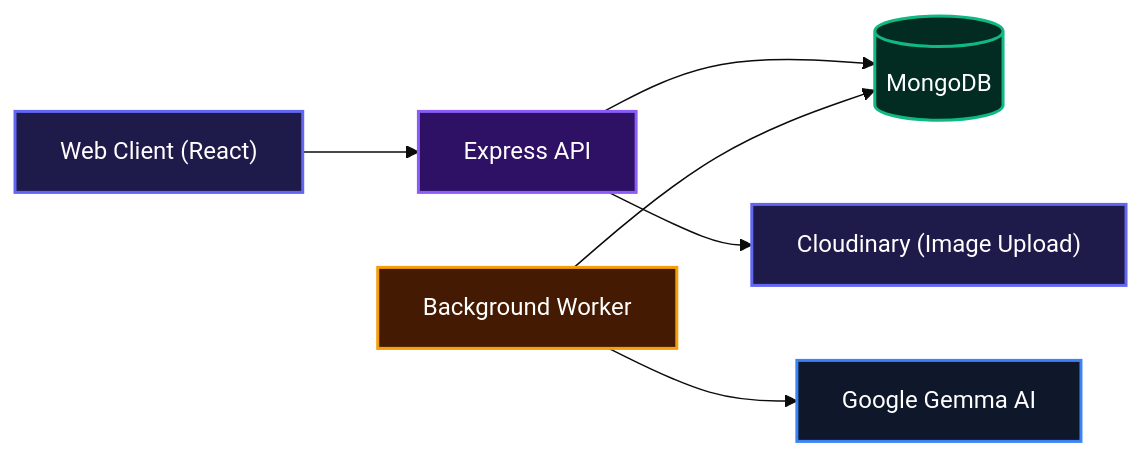
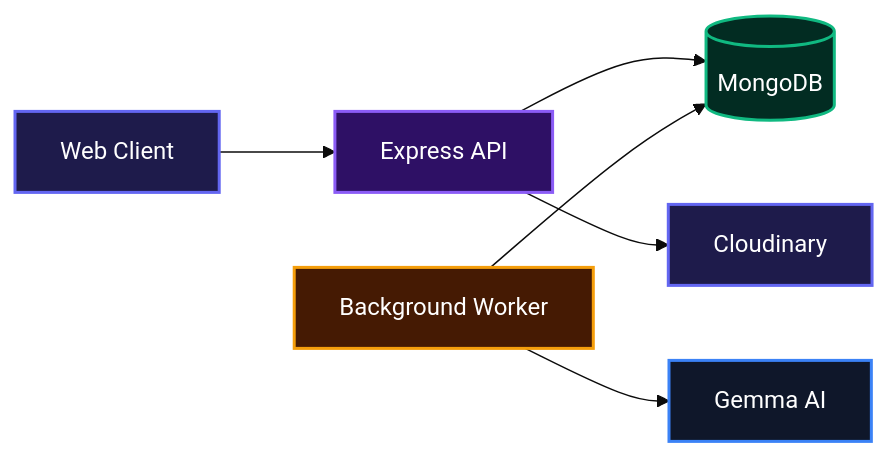
Before and after one commit to Searcher06/AI-Powered-Incident-Intelligent-System: the first of 3 diagrams in README.md, drawn with Mermaid (base theme). The commit also changed other lines of this file and 5 other files, not shown here.

````diff
--- a/README.md
+++ b/README.md
@@ -11,22 +11,22 @@
 ```mermaid
 flowchart LR
-    WebClient["Web Client (React)"]
+    WebClient["Web Client"]
     ExpressAPI["Express API"]
     MongoDB[("MongoDB")]
-    GemmaAI["Google Gemma AI"]
+    GemmaAI["Gemma AI"]
     BackgroundWorker["Background Worker"]
-    Cloudinary["Cloudinary (Image Upload)"]
+    Cloudinary["Cloudinary"]
 
     WebClient --> ExpressAPI
     ExpressAPI --> MongoDB
     ExpressAPI --> Cloudinary
     BackgroundWorker --> MongoDB
     BackgroundWorker --> GemmaAI
 
     style WebClient fill:#1e1b4b,stroke:#6366f1,stroke-width:2px,color:#fff
     style ExpressAPI fill:#2e1065,stroke:#8b5cf6,stroke-width:2px,color:#fff
     style MongoDB fill:#022c22,stroke:#10b981,stroke-width:2px,color:#fff
     style GemmaAI fill:#0f172a,stroke:#3b82f6,stroke-width:2px,color:#fff
     style BackgroundWorker fill:#451a03,stroke:#f59e0b,stroke-width:2px,color:#fff
     style Cloudinary fill:#1e1b4b,stroke:#6366f1,stroke-width:2px,color:#fff
 ```
````
